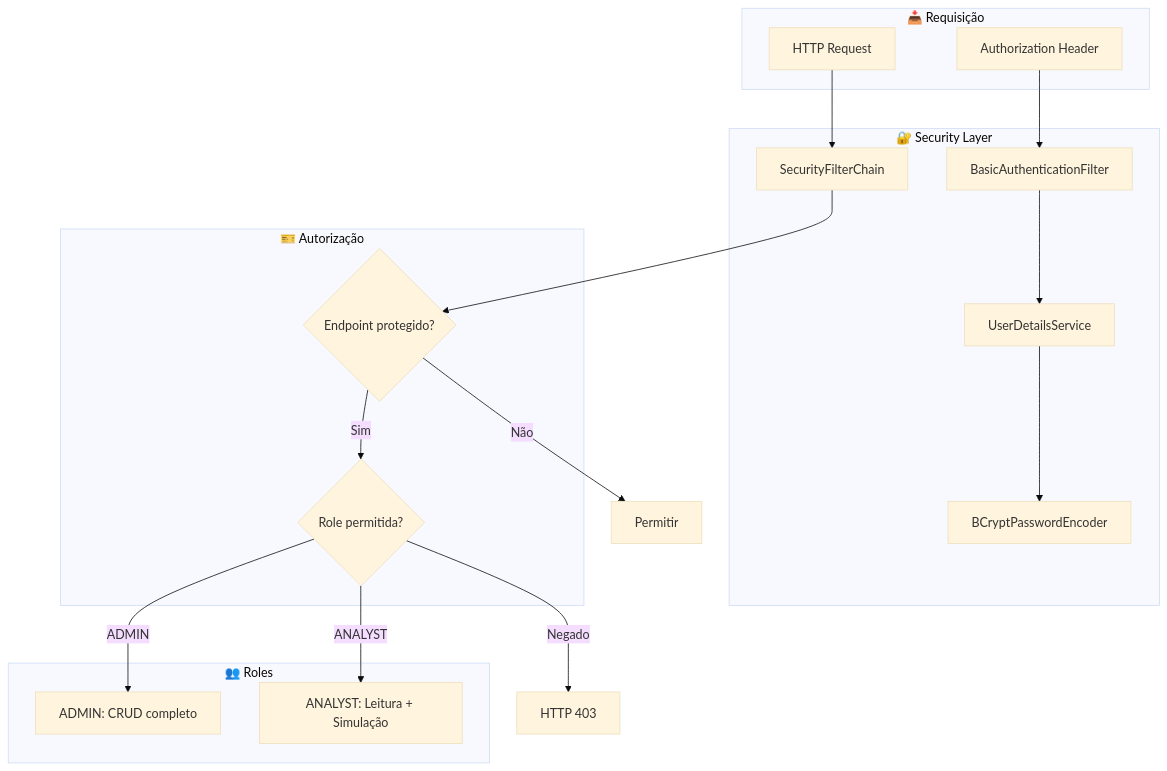
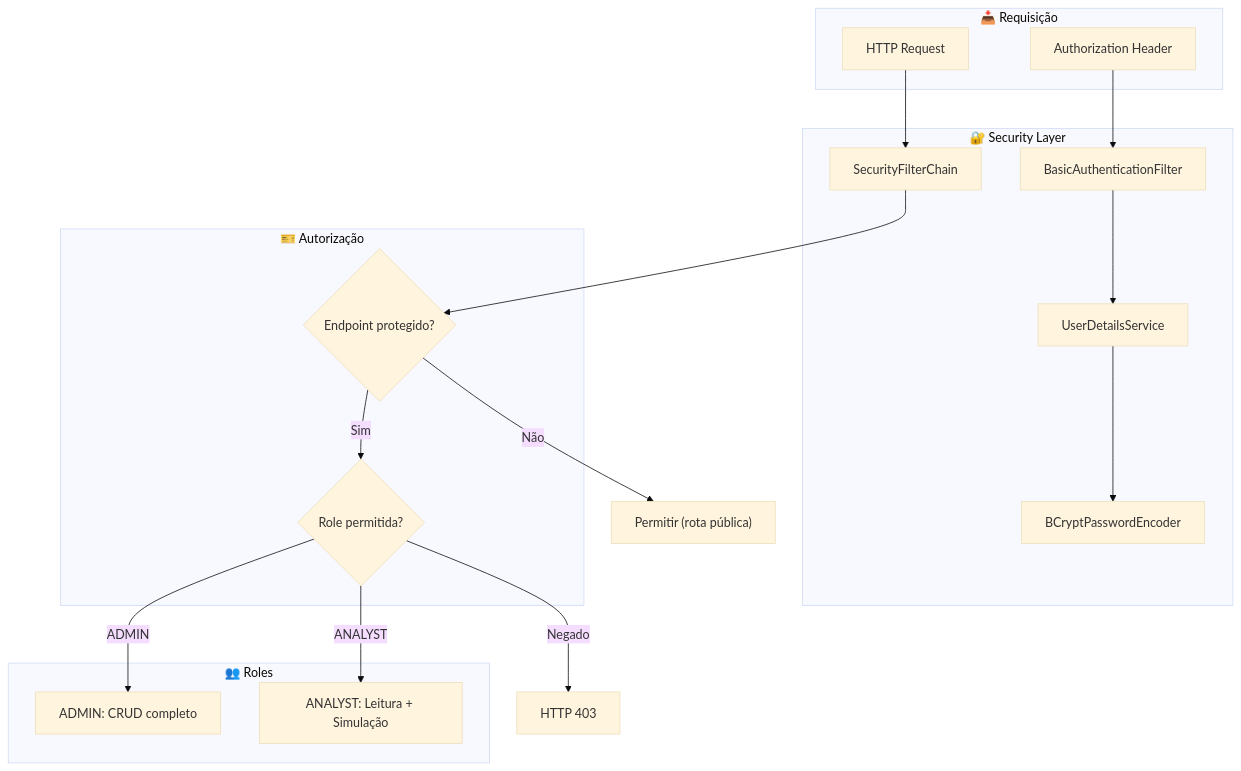
Diagram 37 of 44 in docs/DIAGRAMAS.md (FELIPEACASTRO/RULEX), drawn with Mermaid (base theme) before and after one commit. The commit also changed other lines of this file and 7 other files, not shown here.

Commit message:
docs(diagramas): normalize /api endpoints and de-hallucinate flows

````diff
--- a/docs/DIAGRAMAS.md
+++ b/docs/DIAGRAMAS.md
@@ -4414,35 +4481,35 @@
 ```mermaid
 flowchart TD
     subgraph Request["📥 Requisição"]
         R1["HTTP Request"]
         R2["Authorization Header"]
     end
     
     subgraph Security["🔐 Security Layer"]
         F1["SecurityFilterChain"]
         F2["BasicAuthenticationFilter"]
         F3["UserDetailsService"]
         F4["BCryptPasswordEncoder"]
     end
     
     subgraph Authorization["🎫 Autorização"]
         A1{"Endpoint protegido?"}
         A2{"Role permitida?"}
     end
     
     subgraph Roles["👥 Roles"]
         ADMIN["ADMIN: CRUD completo"]
         ANALYST["ANALYST: Leitura + Simulação"]
     end
     
     R1 --> F1
     R2 --> F2
     F2 --> F3
     F3 --> F4
     F1 --> A1
     A1 -->|Sim| A2
-    A1 -->|Não| Allow["Permitir"]
+    A1 -->|Não| Public["Permitir (rota pública)"]
     A2 -->|ADMIN| ADMIN
     A2 -->|ANALYST| ANALYST
     A2 -->|Negado| Deny["HTTP 403"]
 ```
````
